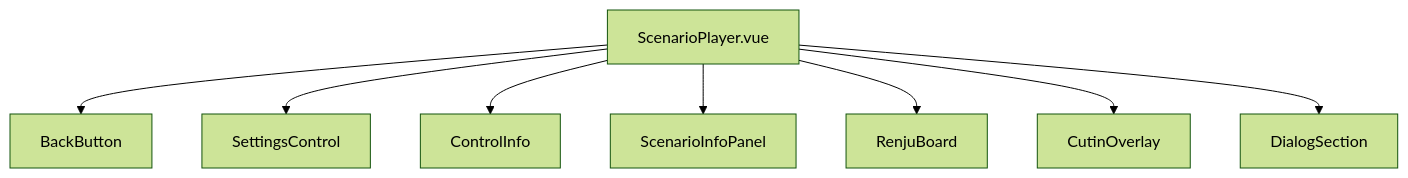
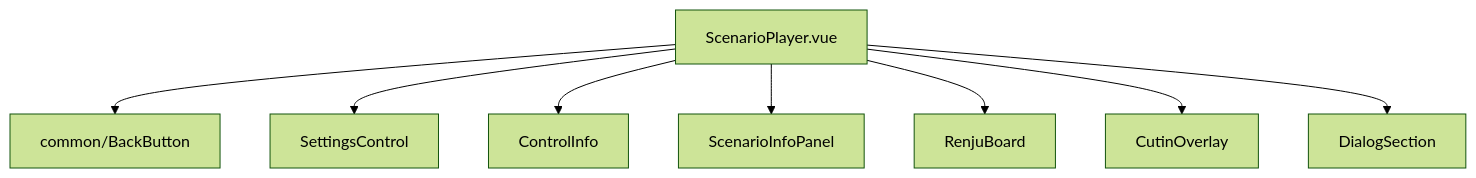
The first of 5 diagrams in src/components/scenarios/ScenarioPlayer/README.md (ef81sp/holorenju), drawn with Mermaid (forest theme) before and after one commit. The commit also changed 5 other files, not shown here.

````diff
--- a/src/components/scenarios/ScenarioPlayer/README.md
+++ b/src/components/scenarios/ScenarioPlayer/README.md
@@ -12,10 +12,10 @@
 ```mermaid
 graph TD
-    SP[ScenarioPlayer.vue] --> BB[BackButton]
+    SP[ScenarioPlayer.vue] --> BB[common/BackButton]
     SP --> SC[SettingsControl]
     SP --> CI[ControlInfo]
     SP --> SIP[ScenarioInfoPanel]
     SP --> RB[RenjuBoard]
     SP --> CO[CutinOverlay]
     SP --> DS[DialogSection]
 ```
````
